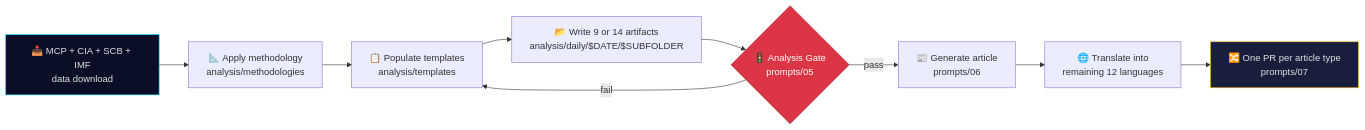
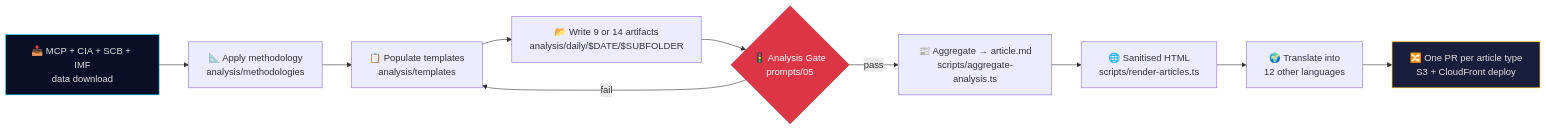
The first of 2 diagrams in README.md (Hack23/riksdagsmonitor), drawn with Mermaid before and after one commit. The commit also changed other lines of this file, not shown here.

````diff
--- a/README.md
+++ b/README.md
@@ -702,14 +140,15 @@
 ```mermaid
 flowchart LR
   A[📥 MCP + CIA + SCB + IMF<br/>data download] --> B[📐 Apply methodology<br/>analysis/methodologies]
   B --> C[📋 Populate templates<br/>analysis/templates]
   C --> D[📂 Write 9 or 14 artifacts<br/>analysis/daily/$DATE/$SUBFOLDER]
   D --> E{🚦 Analysis Gate<br/>prompts/05}
-  E -- pass --> F[📰 Generate article<br/>prompts/06]
+  E -- pass --> F[📰 Aggregate → article.md<br/>scripts/aggregate-analysis.ts]
   E -- fail --> C
-  F --> G[🌐 Translate into<br/>remaining 12 languages]
-  G --> H[🔀 One PR per article type<br/>prompts/07]
+  F --> G[🌐 Sanitised HTML<br/>scripts/render-articles.ts]
+  G --> H[🌍 Translate into<br/>12 other languages]
+  H --> I[🔀 One PR per article type<br/>S3 + CloudFront deploy]
   style A fill:#0a0e27,stroke:#00d9ff,color:#e0e0e0
   style E fill:#dc3545,stroke:#b02a37,color:#fff
-  style H fill:#1a1e3d,stroke:#ffbe0b,color:#e0e0e0
+  style I fill:#1a1e3d,stroke:#ffbe0b,color:#e0e0e0
 ```
````
